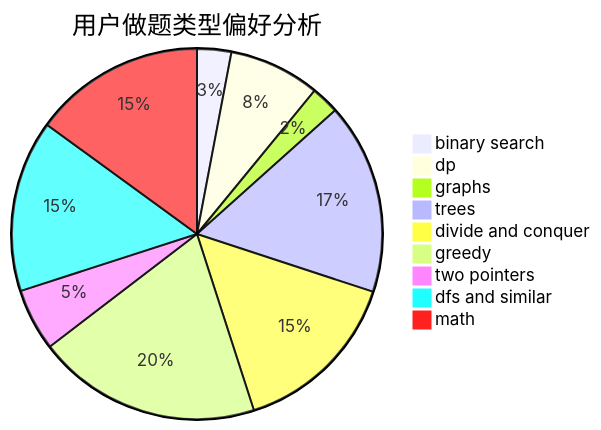
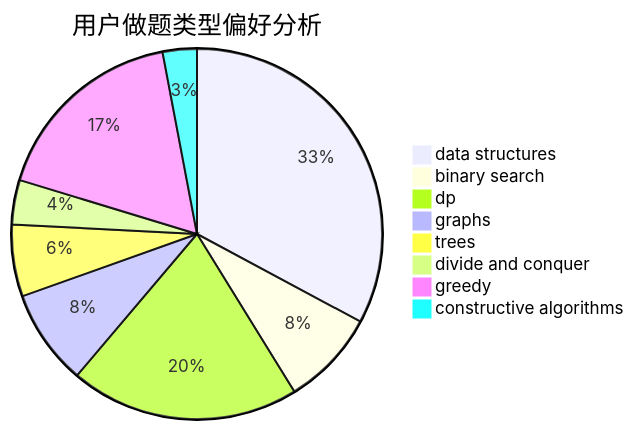
Before and after one commit to sherpahu/cfrs.github.io: the second of 3 diagrams in docs/user/u579.md, drawn with Mermaid. The commit also changed other lines of this file and 2775 other files, not shown here.

````diff
--- a/docs/user/u579.md
+++ b/docs/user/u579.md
@@ -23,12 +23,11 @@
 ```mermaid
 pie title 用户做题类型偏好分析
-    "binary search" :  39
-    "dp" :  104
-    "graphs" :  32
-    "trees" :  218
-    "divide and conquer" :  196
-    "greedy" :  256
-    "two pointers" :  71
-    "dfs and similar" :  196
-    "math" :  196
+    "data structures" :  110
+    "binary search" :  28
+    "dp" :  67
+    "graphs" :  28
+    "trees" :  21
+    "divide and conquer" :  13
+    "greedy" :  58
+    "constructive algorithms" :  10
 ```
````
